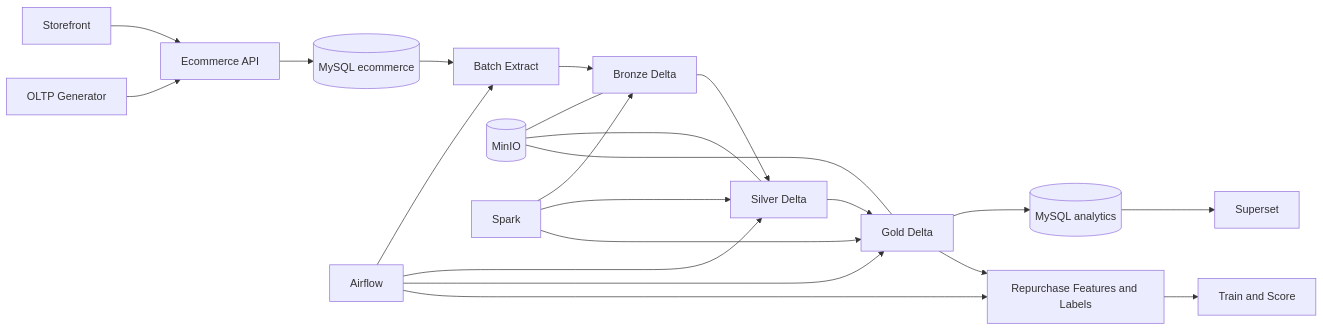
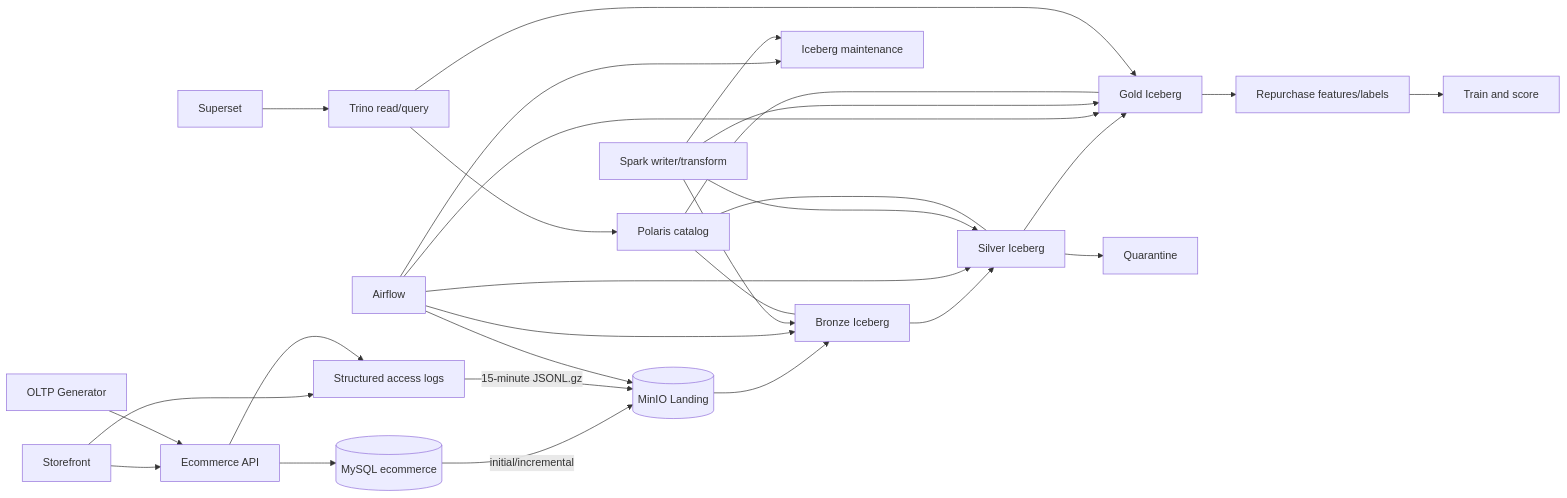
Before and after one commit to DanhTrannn/TLCN: the diagram in docs/architecture/project-structure.md, drawn with Mermaid. The commit also changed other lines of this file and 10 other files, not shown here.

Commit message:
feat(tlcn): Update plan: desgin lakehouse architecture, add log data every 15 minutes to TLCN

````diff
--- a/docs/architecture/project-structure.md
+++ b/docs/architecture/project-structure.md
@@ -18,24 +20,35 @@
 ```mermaid
 flowchart LR
     Browser[Storefront] --> API[Ecommerce API]
+    Generator[OLTP Generator] --> API
     API --> OLTP[(MySQL ecommerce)]
-    Generator[OLTP Generator] --> API
-    OLTP --> Extract[Batch Extract]
-    Extract --> Bronze[Bronze Delta]
-    Bronze --> Silver[Silver Delta]
-    Silver --> Gold[Gold Delta]
-    Gold --> Publish[(MySQL analytics)]
-    Publish --> BI[Superset]
-    Gold --> Features[Repurchase Features and Labels]
-    Features --> Model[Train and Score]
-    Airflow[Airflow] --> Extract
+    Browser --> Logs[Structured access logs]
+    API --> Logs
+
+    OLTP -->|initial/incremental| Landing[(MinIO Landing)]
+    Logs -->|15-minute JSONL.gz| Landing
+    Landing --> Bronze[Bronze Iceberg]
+    Bronze --> Silver[Silver Iceberg]
+    Silver --> Gold[Gold Iceberg]
+    Silver --> Quarantine[Quarantine]
+
+    Airflow[Airflow] --> Landing
+    Airflow --> Bronze
     Airflow --> Silver
     Airflow --> Gold
-    Airflow --> Features
-    MinIO[(MinIO)] --- Bronze
-    MinIO --- Silver
-    MinIO --- Gold
-    Spark[Spark] --> Bronze
+    Airflow --> Maintenance[Iceberg maintenance]
+
+    Spark[Spark writer/transform] --> Bronze
     Spark --> Silver
     Spark --> Gold
+    Spark --> Maintenance
+
+    Polaris[Polaris catalog] --- Bronze
+    Polaris --- Silver
+    Polaris --- Gold
+    Trino[Trino read/query] --> Polaris
+    Trino --> Gold
+    Superset[Superset] --> Trino
+    Gold --> Features[Repurchase features/labels]
+    Features --> Model[Train and score]
 ```
````
